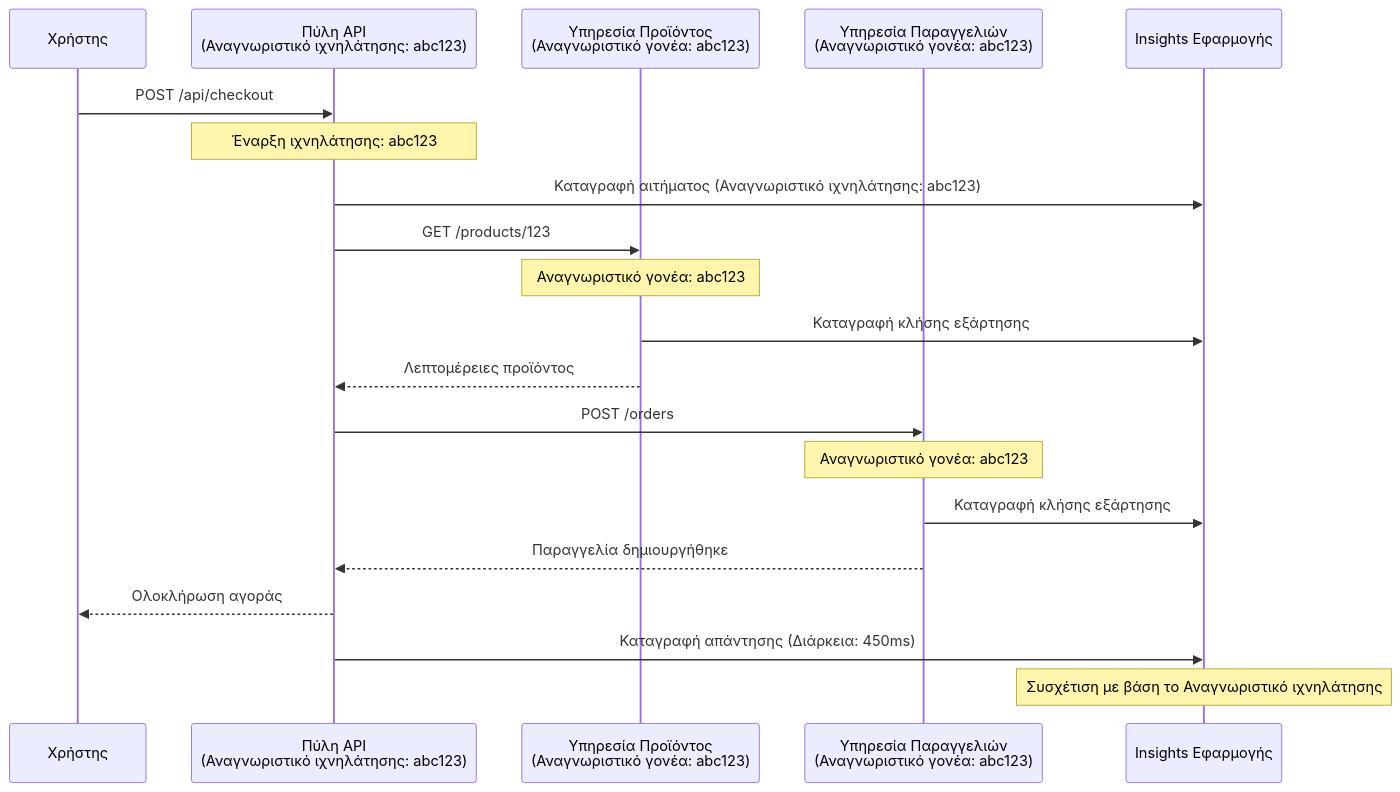
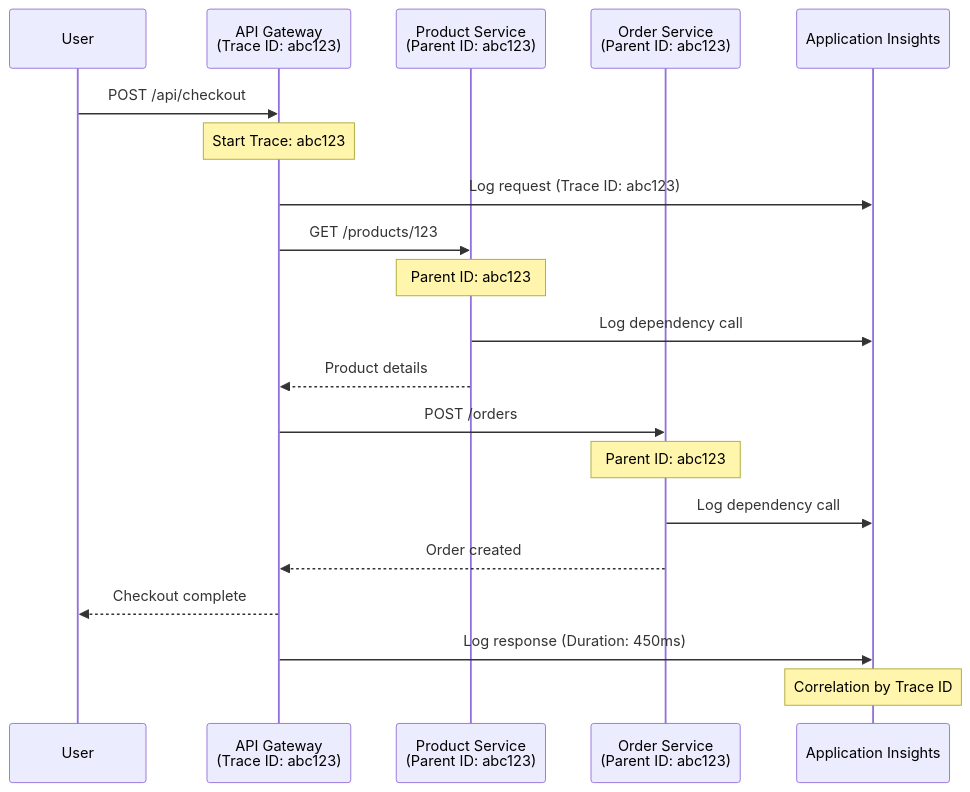
One commit to microsoft/AZD-for-beginners changed the second of 2 diagrams in translations/el/docs/chapter-06-pre-deployment/application-insights.md. Above: the diagram before and after it, drawn with Mermaid. The commit also changed other lines of this file and 154 other files, not shown here.

````diff
--- a/translations/el/docs/chapter-06-pre-deployment/application-insights.md
+++ b/translations/el/docs/chapter-06-pre-deployment/application-insights.md
@@ -744,27 +714,27 @@
 ```mermaid
 sequenceDiagram
-    participant User as Χρήστης
-    participant Gateway as Πύλη API<br/>(Αναγνωριστικό ιχνηλάτησης: abc123)
-    participant Product as Υπηρεσία Προϊόντος<br/>(Αναγνωριστικό γονέα: abc123)
-    participant Order as Υπηρεσία Παραγγελιών<br/>(Αναγνωριστικό γονέα: abc123)
-    participant AppInsights as Insights Εφαρμογής
+    participant User
+    participant Gateway as API Gateway<br/>(Trace ID: abc123)
+    participant Product as Product Service<br/>(Parent ID: abc123)
+    participant Order as Order Service<br/>(Parent ID: abc123)
+    participant AppInsights as Application Insights
     
     User->>Gateway: POST /api/checkout
-    Note over Gateway: Έναρξη ιχνηλάτησης: abc123
-    Gateway->>AppInsights: Καταγραφή αιτήματος (Αναγνωριστικό ιχνηλάτησης: abc123)
+    Note over Gateway: Start Trace: abc123
+    Gateway->>AppInsights: Log request (Trace ID: abc123)
     
     Gateway->>Product: GET /products/123
-    Note over Product: Αναγνωριστικό γονέα: abc123
-    Product->>AppInsights: Καταγραφή κλήσης εξάρτησης
-    Product-->>Gateway: Λεπτομέρειες προϊόντος
+    Note over Product: Parent ID: abc123
+    Product->>AppInsights: Log dependency call
+    Product-->>Gateway: Product details
     
     Gateway->>Order: POST /orders
-    Note over Order: Αναγνωριστικό γονέα: abc123
-    Order->>AppInsights: Καταγραφή κλήσης εξάρτησης
-    Order-->>Gateway: Παραγγελία δημιουργήθηκε
+    Note over Order: Parent ID: abc123
+    Order->>AppInsights: Log dependency call
+    Order-->>Gateway: Order created
     
-    Gateway-->>User: Ολοκλήρωση αγοράς
-    Gateway->>AppInsights: Καταγραφή απάντησης (Διάρκεια: 450ms)
+    Gateway-->>User: Checkout complete
+    Gateway->>AppInsights: Log response (Duration: 450ms)
     
-    Note over AppInsights: Συσχέτιση με βάση το Αναγνωριστικό ιχνηλάτησης
+    Note over AppInsights: Correlation by Trace ID
 ```
````
